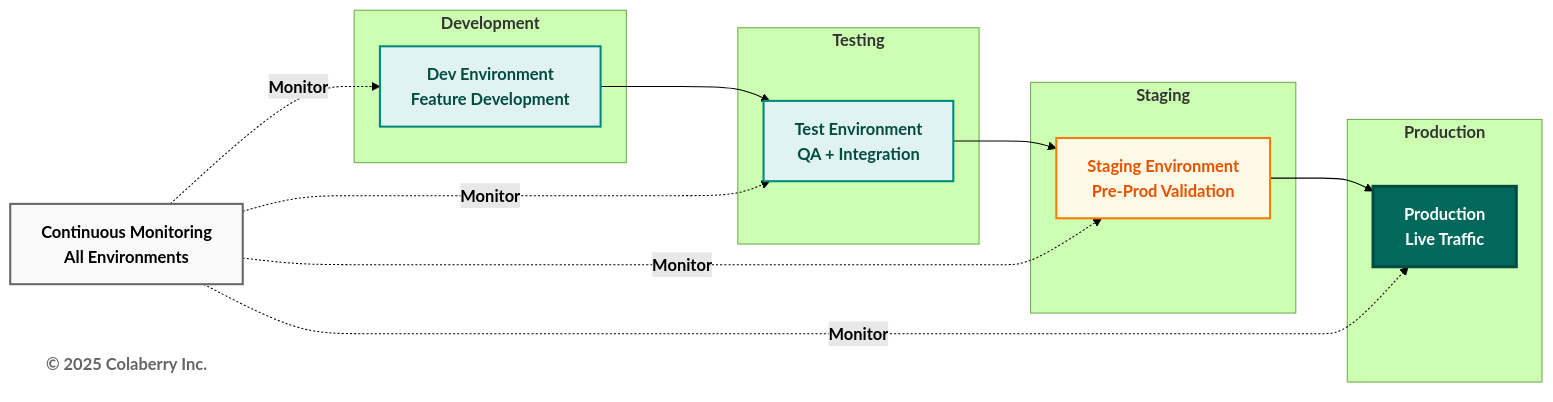
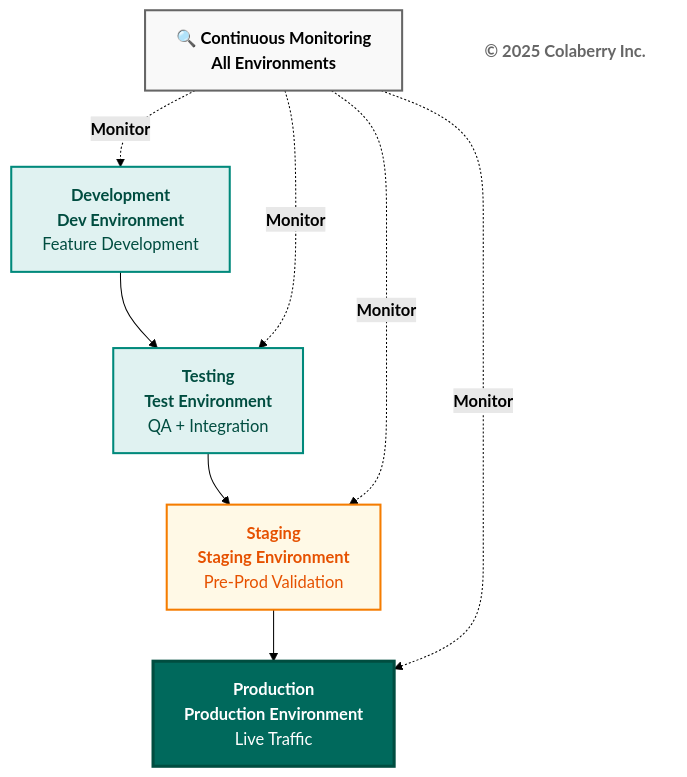
Diagram 16 of 18 in chapter-03/chapter_3_complete.md (colaberry/enterprise-data-readiness-ai-agents), drawn with Mermaid (forest theme) before and after one commit. The commit also changed other lines of this file, not shown here.

First line of the commit message:
diagrams restructured for visual and space efficiency

````diff
--- a/chapter-03/chapter_3_complete.md
+++ b/chapter-03/chapter_3_complete.md
@@ -3883,38 +3883,30 @@
 ```mermaid
-graph LR
-    subgraph "<b>Development</b>"
-        DEV["<b>Dev Environment</b><br/><b>Feature Development</b>"]
-    end
+graph TB
+    DEV["<b>Development</b><br/><b>Dev Environment</b><br/>Feature Development"]
     
-    subgraph "<b>Testing</b>"
-        TEST["<b>Test Environment</b><br/><b>QA + Integration</b>"]
-    end
+    TEST["<b>Testing</b><br/><b>Test Environment</b><br/>QA + Integration"]
     
-    subgraph "<b>Staging</b>"
-        STAGE["<b>Staging Environment</b><br/><b>Pre-Prod Validation</b>"]
-    end
+    STAGE["<b>Staging</b><br/><b>Staging Environment</b><br/>Pre-Prod Validation"]
     
-    subgraph "<b>Production</b>"
-        PROD["<b>Production</b><br/><b>Live Traffic</b>"]
-    end
+    PROD["<b>Production</b><br/><b>Production Environment</b><br/>Live Traffic"]
     
-    MONITOR["<b>Continuous Monitoring</b><br/><b>All Environments</b>"]
+    MONITOR["<b>🔍 Continuous Monitoring</b><br/><b>All Environments</b>"]
     
     Copyright["<b>© 2025 Colaberry Inc.</b>"]
     
     DEV --> TEST
     TEST --> STAGE
     STAGE --> PROD
     
     MONITOR -.->|<b>Monitor</b>| DEV
     MONITOR -.->|<b>Monitor</b>| TEST
     MONITOR -.->|<b>Monitor</b>| STAGE
     MONITOR -.->|<b>Monitor</b>| PROD
     
     style DEV fill:#e0f2f1,stroke:#00897b,stroke-width:2px,color:#004d40
     style TEST fill:#e0f2f1,stroke:#00897b,stroke-width:2px,color:#004d40
     style STAGE fill:#fff9e6,stroke:#f57c00,stroke-width:2px,color:#e65100
     style PROD fill:#00695c,color:#ffffff,stroke:#004d40,stroke-width:3px
     style MONITOR fill:#f9f9f9,stroke:#666666,stroke-width:2px,color:#000000
     style Copyright fill:#ffffff,stroke:none,color:#666666
 ```
````
